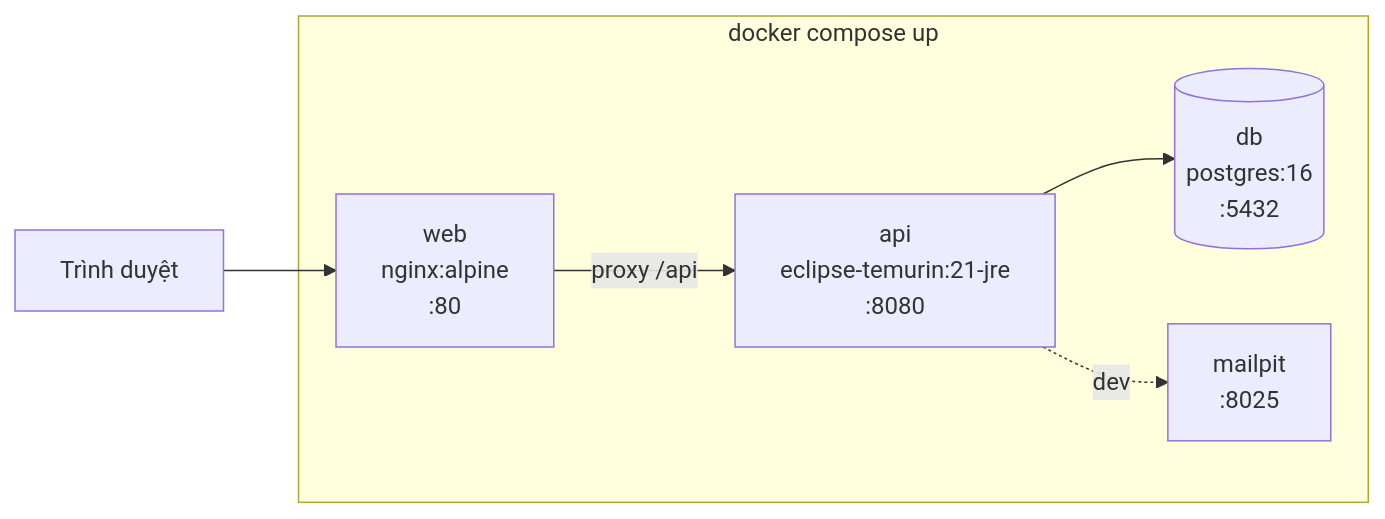
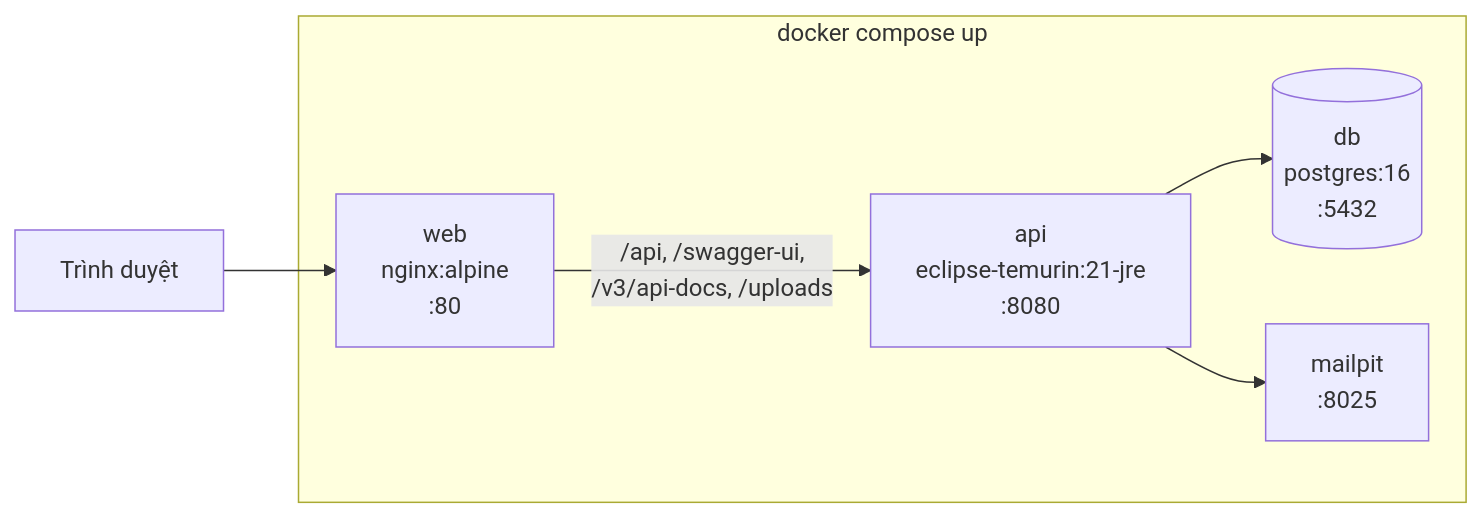
Before and after one commit to nhquan403/Project-Final-TVU: the diagram in plans/260907-1304-homestay-tvh-booking/phase-08-packaging-docs.md, drawn with Mermaid. The commit also changed other lines of this file and 9 other files, not shown here.

````diff
--- a/plans/260907-1304-homestay-tvh-booking/phase-08-packaging-docs.md
+++ b/plans/260907-1304-homestay-tvh-booking/phase-08-packaging-docs.md
@@ -23,9 +23,9 @@
 ```mermaid
 flowchart LR
     subgraph compose["docker compose up"]
-      W["web<br/>nginx:alpine<br/>:80"] -->|proxy /api| A["api<br/>eclipse-temurin:21-jre<br/>:8080"]
+      W["web<br/>nginx:alpine<br/>:80"] -->|"/api, /swagger-ui,<br/>/v3/api-docs, /uploads"| A["api<br/>eclipse-temurin:21-jre<br/>:8080"]
       A --> D[("db<br/>postgres:16<br/>:5432")]
-      A -.->|dev| M["mailpit<br/>:8025"]
+      A --> M["mailpit<br/>:8025"]
     end
     U[Trình duyệt] --> W
 ```
````
